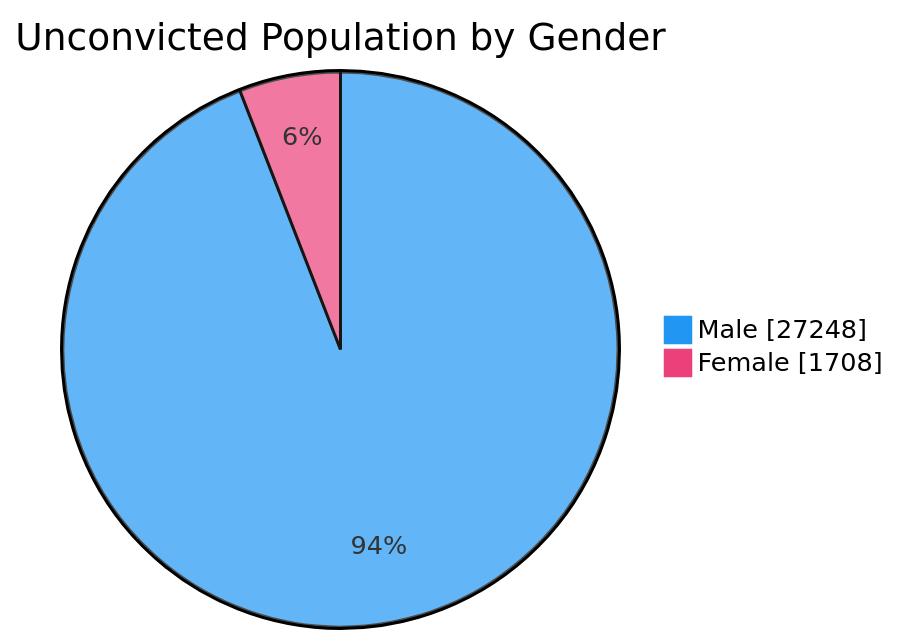
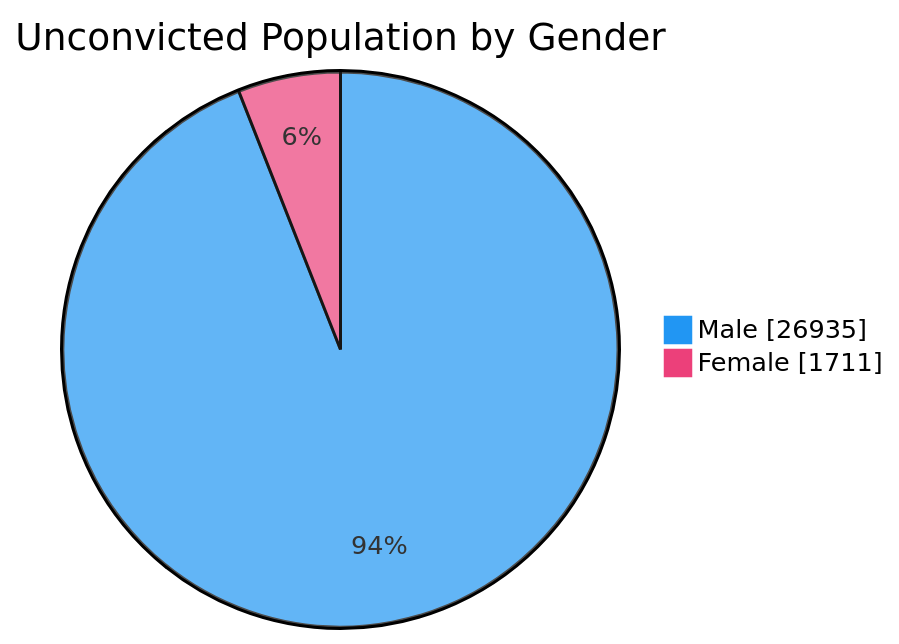
The fourth of 7 diagrams in README.md (nuuuwan/lk_prisons), drawn with Mermaid before and after one commit. The commit also changed other lines of this file and 1 other file, not shown here.

````diff
--- a/README.md
+++ b/README.md
@@ -76,6 +76,6 @@
 ```mermaid
 %%{init: {'themeVariables': {'pie1': '#2196F3', 'pie2': '#EC407A'}}}%%
 pie showData title Unconvicted Population by Gender
-    "Male" : 27248
-    "Female" : 1708
+    "Male" : 26935
+    "Female" : 1711
 ```
````
